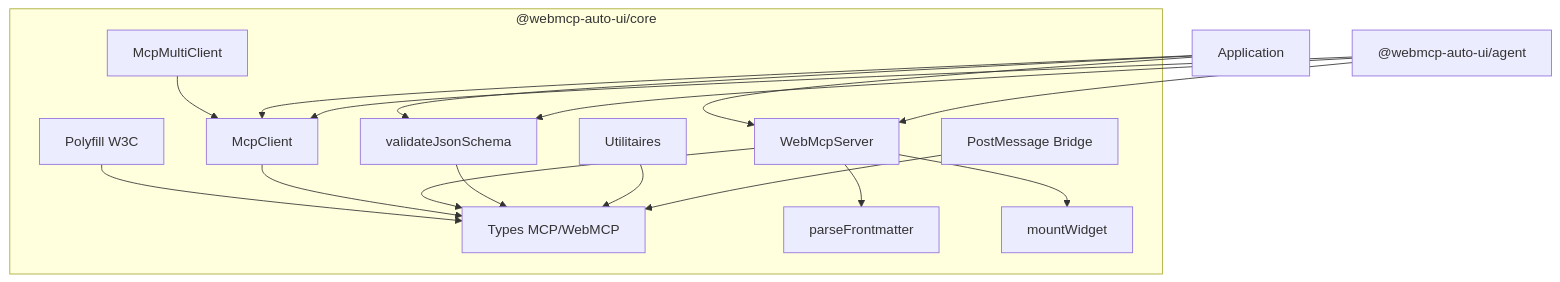
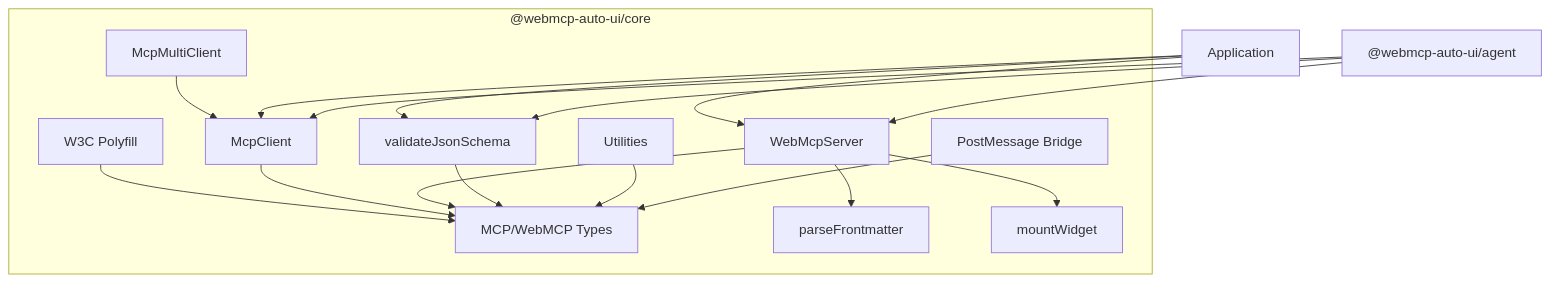
The first of 3 diagrams in docs/starlight/src/content/docs/packages/core.mdx (jeanbaptiste/webmcp-auto-ui), drawn with Mermaid before and after one commit. The commit also changed other lines of this file and 94 other files, not shown here.

````diff
--- a/docs/starlight/src/content/docs/packages/core.mdx
+++ b/docs/starlight/src/content/docs/packages/core.mdx
@@ -14,21 +14,21 @@
 ```mermaid
 graph TD
     subgraph "@webmcp-auto-ui/core"
-        P[Polyfill W3C] --> T[Types MCP/WebMCP]
+        P[W3C Polyfill] --> T[MCP/WebMCP Types]
         C[McpClient] --> T
         MC[McpMultiClient] --> C
         S[WebMcpServer] --> T
         S --> FM[parseFrontmatter]
         S --> MW[mountWidget]
         V[validateJsonSchema] --> T
-        U[Utilitaires] --> T
+        U[Utilities] --> T
         E[PostMessage Bridge] --> T
     end
 
     APP[Application] --> C
     APP --> S
     APP --> V
     AGENT["@webmcp-auto-ui/agent"] --> C
     AGENT --> S
     AGENT --> V
 ```
````
